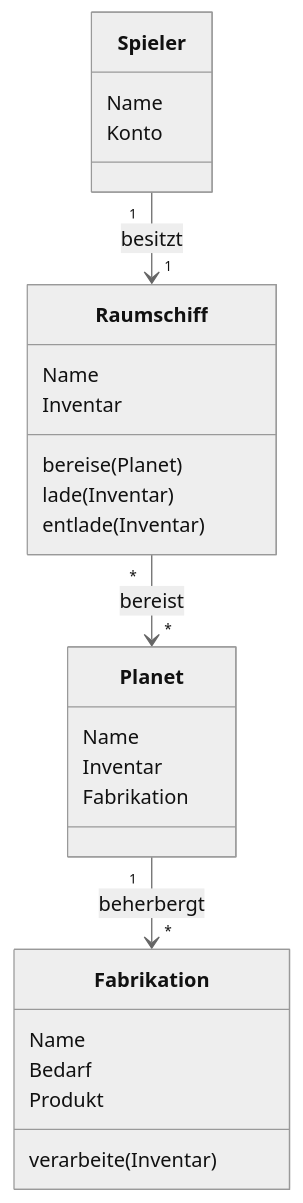
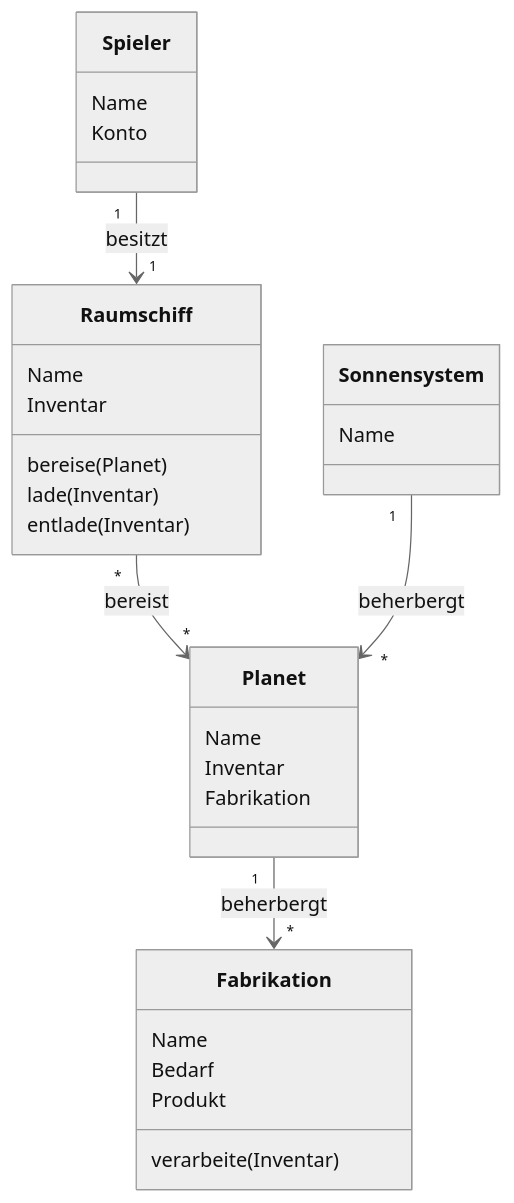
The diagram in README.md (alexanderschramm1992/space-realm), drawn with Mermaid (neutral theme) before and after one commit. The commit also changed other lines of this file, not shown here.

Commit message:
Update README.md
Erweitere MVP Beschreibung um Sonnensystem Entität

````diff
--- a/README.md
+++ b/README.md
@@ -24,24 +24,27 @@
 ```mermaid
 classDiagram
 class Spieler
   Spieler : Name
   Spieler : Konto
 class Raumschiff
   Raumschiff : Name
   Raumschiff : Inventar
   Raumschiff : bereise (Planet)
   Raumschiff : lade (Inventar)
   Raumschiff : entlade (Inventar)
+class Sonnensystem
+  Sonnensystem : Name
 class Planet
   Planet : Name
   Planet : Inventar
   Planet : Fabrikation
 class Fabrikation
   Fabrikation : Name
   Fabrikation : Bedarf
   Fabrikation : Produkt
   Fabrikation : verarbeite (Inventar)
 Spieler "1" --> "1" Raumschiff : besitzt
 Raumschiff "*" --> "*" Planet : bereist
+Sonnensystem "1" --> "*" Planet : beherbergt
 Planet "1" --> "*" Fabrikation : beherbergt
 ```
````
